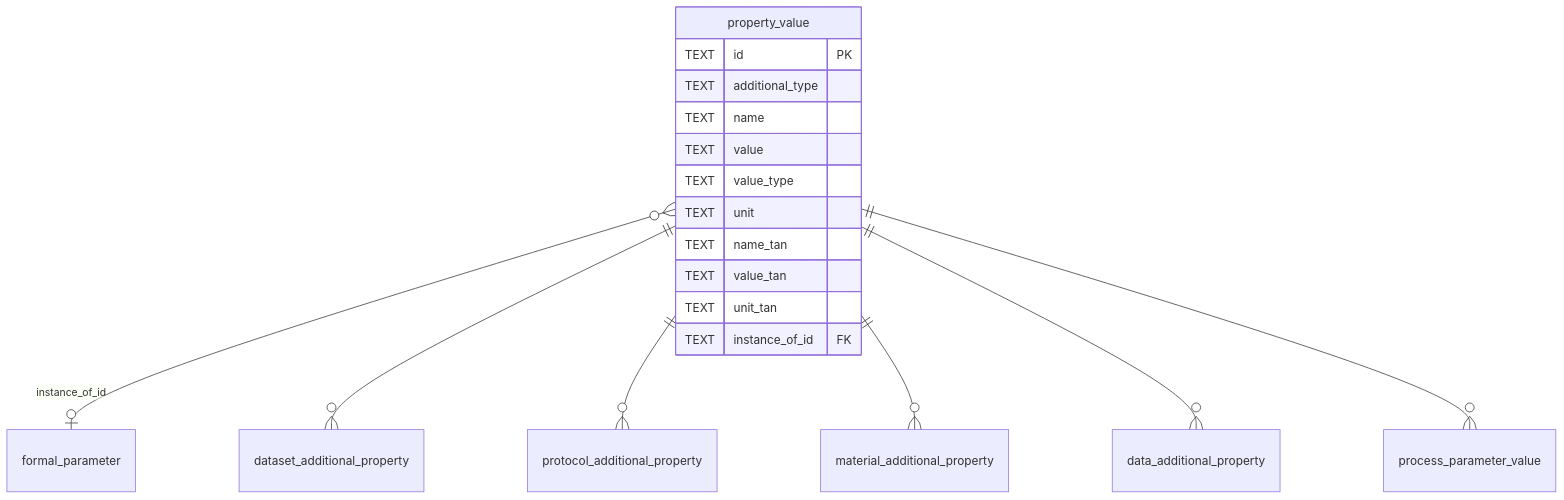
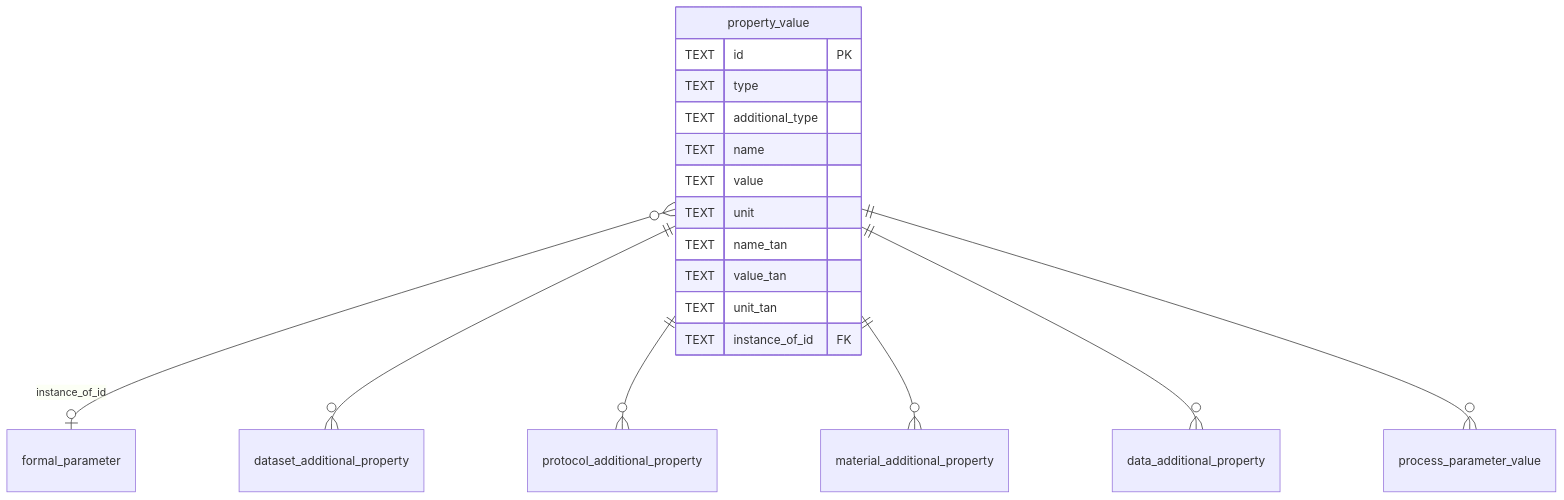
One commit to HLWeil/ProcessCore changed the ninth of 18 diagrams in schemas/sql/design.md. Above: the diagram before and after it, drawn with Mermaid. The commit also changed other lines of this file, not shown here.

````diff
--- a/schemas/sql/design.md
+++ b/schemas/sql/design.md
@@ -276,21 +294,21 @@
 ```mermaid
 erDiagram
     property_value {
         TEXT id PK
+        TEXT type
         TEXT additional_type
         TEXT name
         TEXT value
-        TEXT value_type
         TEXT unit
         TEXT name_tan
         TEXT value_tan
         TEXT unit_tan
         TEXT instance_of_id FK
     }
     property_value }o--o| formal_parameter : "instance_of_id"
     property_value ||--o{ dataset_additional_property : ""
     property_value ||--o{ protocol_additional_property : ""
     property_value ||--o{ material_additional_property : ""
     property_value ||--o{ data_additional_property : ""
     property_value ||--o{ process_parameter_value : ""
 ```
````
